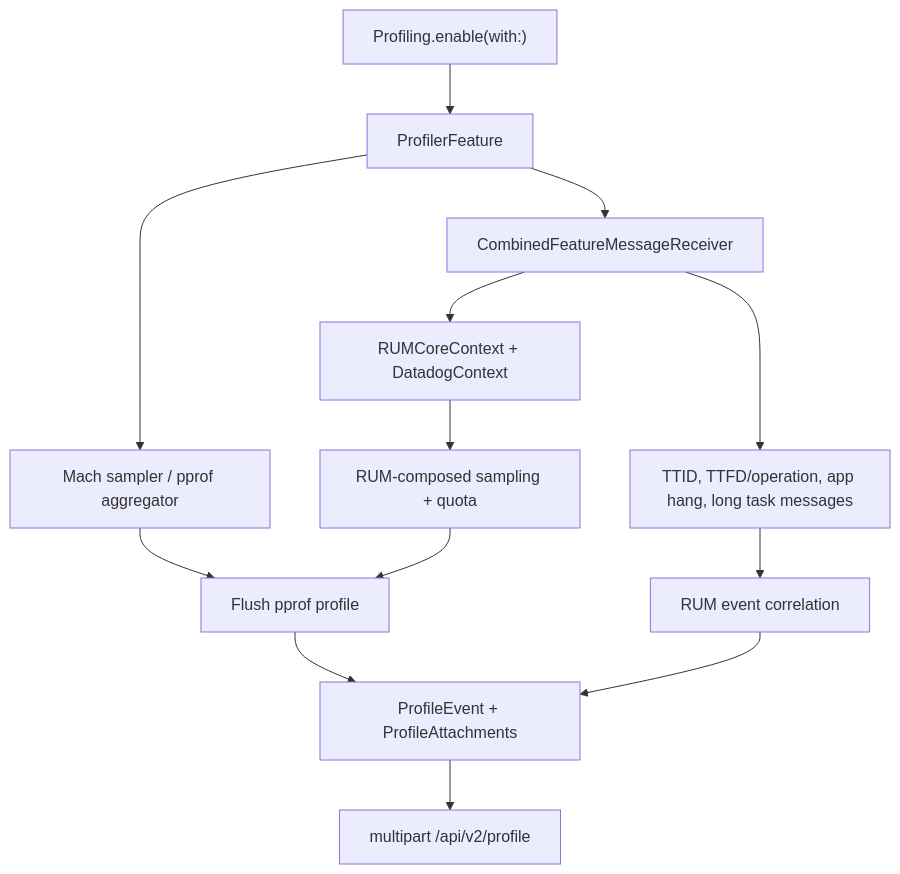
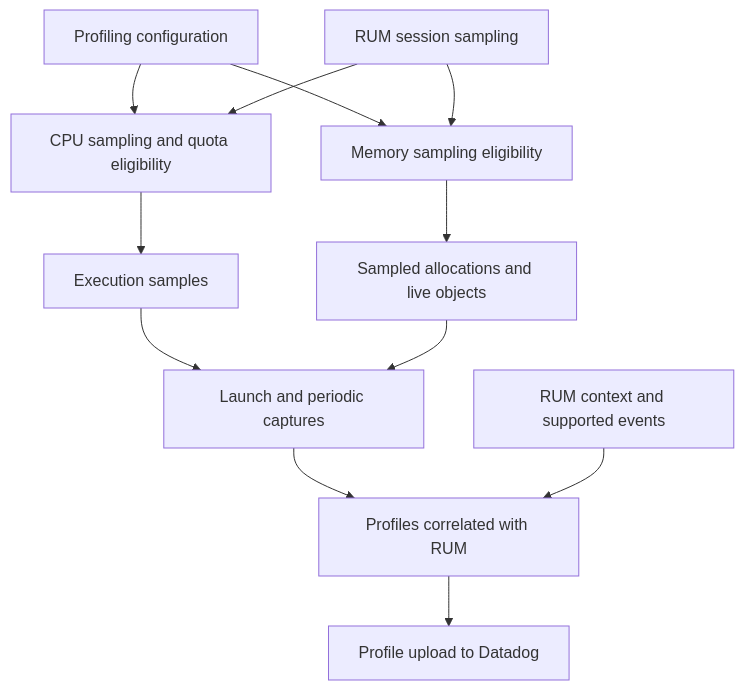
The diagram in DatadogProfiling/PROFILING_FEATURE.md (DataDog/dd-sdk-ios), drawn with Mermaid before and after one commit. The commit also changed other lines of this file and 8 other files, not shown here.

Commit message:
[RUM-18353] Add Memory Profiling public API

````diff
--- a/DatadogProfiling/PROFILING_FEATURE.md
+++ b/DatadogProfiling/PROFILING_FEATURE.md
@@ -109,15 +93,14 @@
 ```mermaid
 flowchart TD
-    Enable["Profiling.enable(with:)"] --> Feature["ProfilerFeature"]
-    Feature --> Native["Mach sampler / pprof aggregator"]
-    Feature --> Receivers["CombinedFeatureMessageReceiver"]
-    Receivers --> Context["RUMCoreContext + DatadogContext"]
-    Receivers --> RUMPayloads["TTID, TTFD/operation, app hang, long task messages"]
-    Context --> Sampling["RUM-composed sampling + quota"]
-    RUMPayloads --> Correlation["RUM event correlation"]
-    Native --> Flush["Flush pprof profile"]
-    Sampling --> Flush
-    Correlation --> Event["ProfileEvent + ProfileAttachments"]
-    Flush --> Event
-    Event --> Upload["multipart /api/v2/profile"]
+    Configuration["Profiling configuration"] --> CPU["CPU sampling and quota eligibility"]
+    Configuration --> Memory["Memory sampling eligibility"]
+    Session["RUM session sampling"] --> CPU
+    Session --> Memory
+    CPU --> Execution["Execution samples"]
+    Memory --> Heap["Sampled allocations and live objects"]
+    Execution --> Capture["Launch and periodic captures"]
+    Heap --> Capture
+    Capture --> Correlation["Profiles correlated with RUM"]
+    Events["RUM context and supported events"] --> Correlation
+    Correlation --> Upload["Profile upload to Datadog"]
 ```
````
